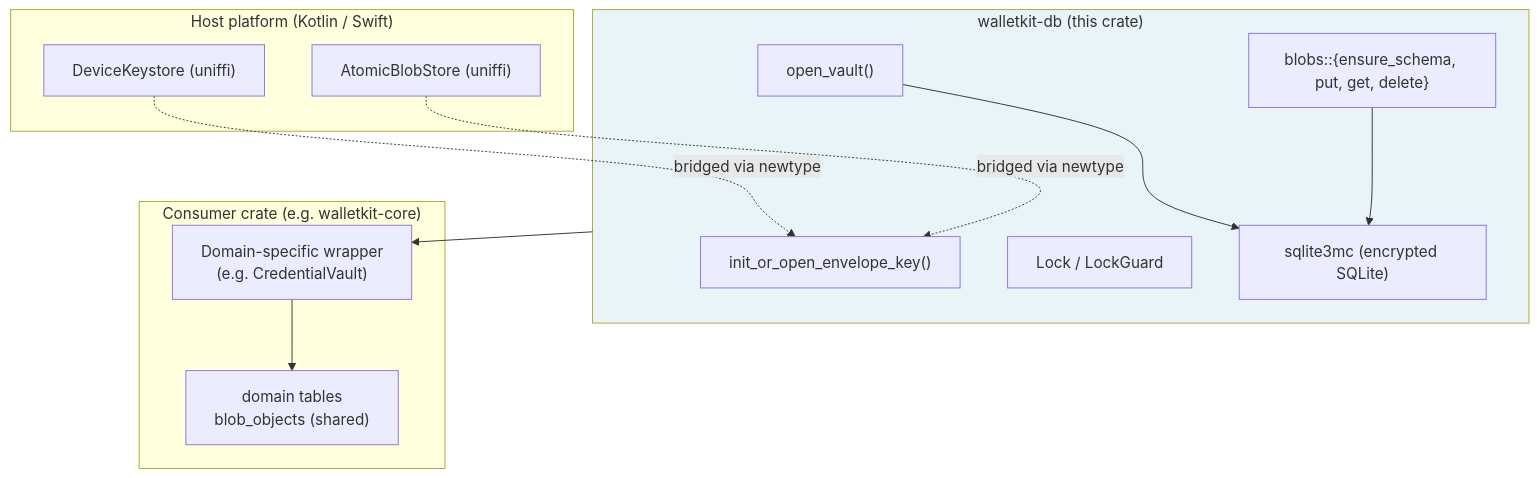
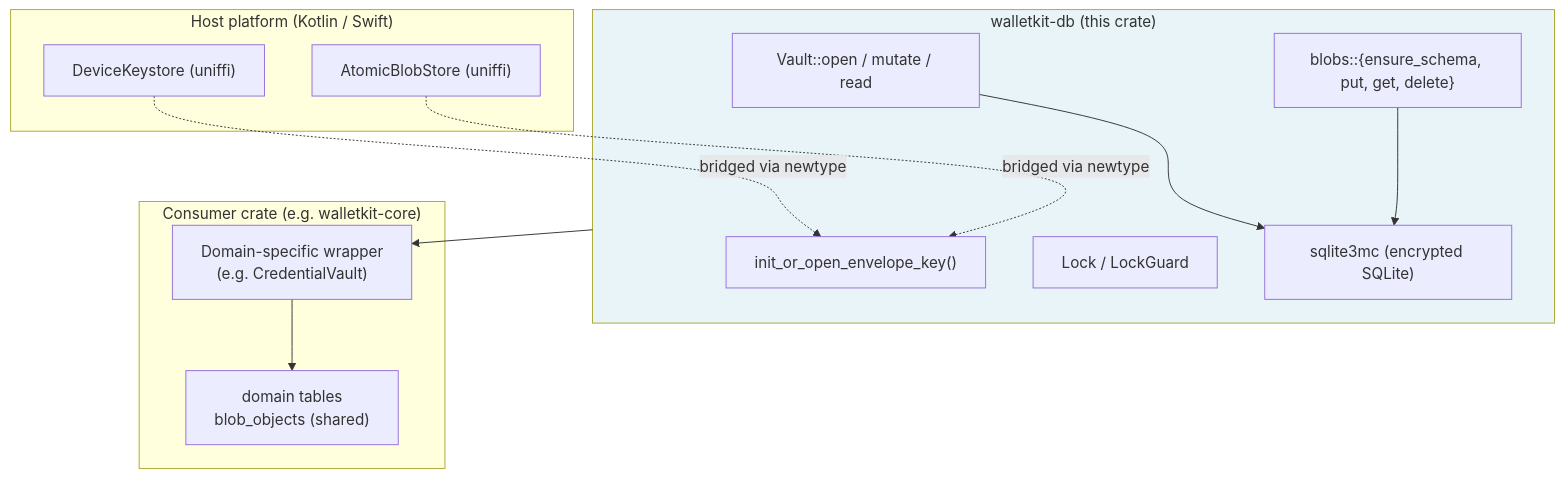
Before and after one commit to worldcoin/walletkit: the diagram in walletkit-db/README.md, drawn with Mermaid. The commit also changed other lines of this file, not shown here.

Commit message:
docs(walletkit-db): drop lingering open_vault refs in README

````diff
--- a/walletkit-db/README.md
+++ b/walletkit-db/README.md
@@ -89,30 +89,30 @@
 ```mermaid
 flowchart TB
     subgraph Host["Host platform (Kotlin / Swift)"]
         KS["DeviceKeystore (uniffi)"]
         BS["AtomicBlobStore (uniffi)"]
     end
 
     subgraph WKDB["walletkit-db (this crate)"]
-        OV["open_vault()"]
+        OV["Vault::open / mutate / read"]
         Blobs["blobs::{ensure_schema, put, get, delete}"]
         Env["init_or_open_envelope_key()"]
         Lock["Lock / LockGuard"]
         Cipher["sqlite3mc (encrypted SQLite)"]
         OV --> Cipher
         Blobs --> Cipher
     end
 
     subgraph Consumer["Consumer crate (e.g. walletkit-core)"]
         Wrapper["Domain-specific wrapper<br/>(e.g. CredentialVault)"]
         Tables["domain tables<br/>blob_objects (shared)"]
         Wrapper --> Tables
     end
 
     KS -.bridged via newtype.-> Env
     BS -.bridged via newtype.-> Env
 
     WKDB --> Wrapper
 
     style WKDB fill:#e8f4f8
 ```
````
